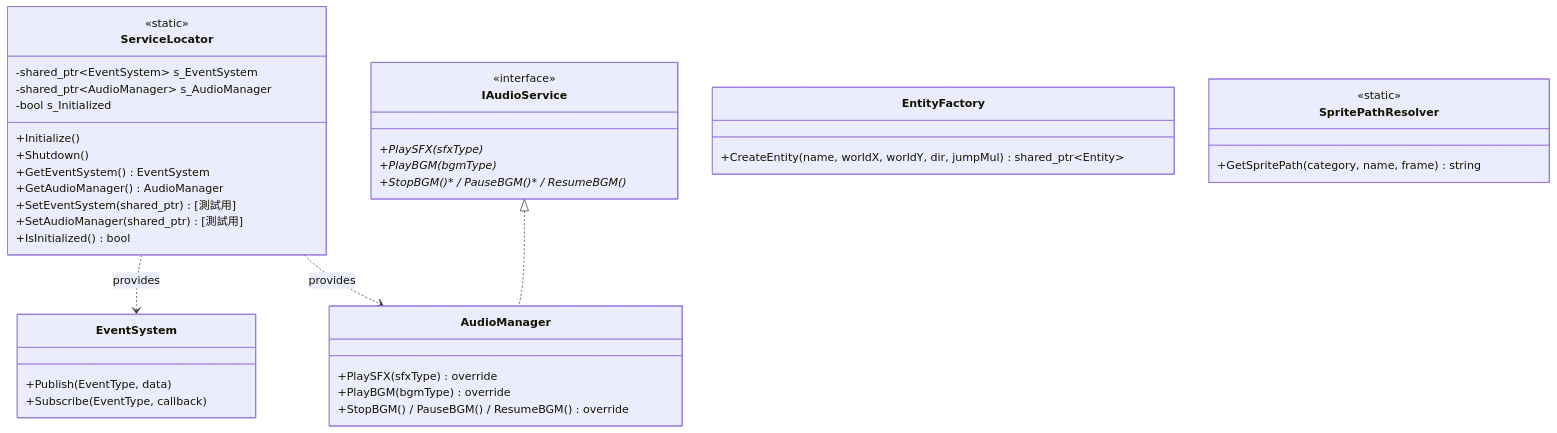
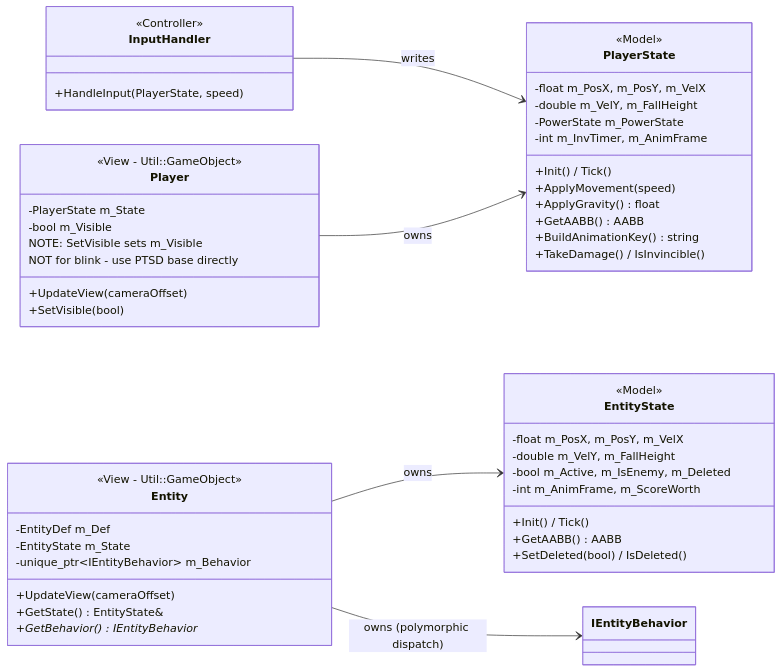
Before and after one commit to Andy87877/NTUT_OOPL_mario: the sixth of 6 diagrams in Constructure.md, drawn with Mermaid. The commit also changed other lines of this file and 26 other files, not shown here.

First line of the commit message:
Refactor: entity view updates for improved screen alignment and rounding

````diff
--- a/Constructure.md
+++ b/Constructure.md
@@ -2836,49 +294,56 @@
 ```mermaid
 classDiagram
-    direction TB
+    direction LR
 
-    class ServiceLocator {
-        <<static>>
-        -shared_ptr~EventSystem~ s_EventSystem
-        -shared_ptr~AudioManager~ s_AudioManager
-        -bool s_Initialized
-        +Initialize()
-        +Shutdown()
-        +GetEventSystem() EventSystem
-        +GetAudioManager() AudioManager
-        +SetEventSystem(shared_ptr) [測試用]
-        +SetAudioManager(shared_ptr) [測試用]
-        +IsInitialized() bool
+    class PlayerState {
+        <<Model>>
+        -float m_PosX, m_PosY, m_VelX
+        -double m_VelY, m_FallHeight
+        -PowerState m_PowerState
+        -int m_InvTimer, m_AnimFrame
+        +Init() / Tick()
+        +ApplyMovement(speed)
+        +ApplyGravity() float
+        +GetAABB() AABB
+        +BuildAnimationKey() string
+        +TakeDamage() / IsInvincible()
+    }
+    class Player {
+        <<View - Util::GameObject>>
+        -PlayerState m_State
+        -bool m_Visible
+        +UpdateView(cameraOffset)
+        +SetVisible(bool)
+        NOTE: SetVisible sets m_Visible
+        NOT for blink - use PTSD base directly
+    }
+    class InputHandler {
+        <<Controller>>
+        +HandleInput(PlayerState, speed)
     }
 
-    class IAudioService {
-        <<interface>>
-        +PlaySFX(sfxType)*
-        +PlayBGM(bgmType)*
-        +StopBGM()* / PauseBGM()* / ResumeBGM()*
+    class EntityState {
+        <<Model>>
+        -float m_PosX, m_PosY, m_VelX
+        -double m_VelY, m_FallHeight
+        -bool m_Active, m_IsEnemy, m_Deleted
+        -int m_AnimFrame, m_ScoreWorth
+        +Init() / Tick()
+        +GetAABB() AABB
+        +SetDeleted(bool) / IsDeleted()
+    }
+    class Entity {
+        <<View - Util::GameObject>>
+        -EntityDef m_Def
+        -EntityState m_State
+        -unique_ptr~IEntityBehavior~ m_Behavior
+        +UpdateView(cameraOffset)
+        +GetState() EntityState&
+        +GetBehavior() IEntityBehavior*
     }
 
-    class AudioManager {
-        +PlaySFX(sfxType) override
-        +PlayBGM(bgmType) override
-        +StopBGM() / PauseBGM() / ResumeBGM() override
-    }
-
-    class EventSystem {
-        +Publish(EventType, data)
-        +Subscribe(EventType, callback)
-    }
-
-    class EntityFactory {
-        +CreateEntity(name, worldX, worldY, dir, jumpMul) shared_ptr~Entity~
-    }
-
-    class SpritePathResolver {
-        <<static>>
-        +GetSpritePath(category, name, frame) string
-    }
-
-    IAudioService <|.. AudioManager
-    ServiceLocator ..> EventSystem : provides
-    ServiceLocator ..> AudioManager : provides
+    InputHandler --> PlayerState : writes
+    Player --> PlayerState : owns
+    Entity --> EntityState : owns
+    Entity --> IEntityBehavior : owns (polymorphic dispatch)
 ```
````
